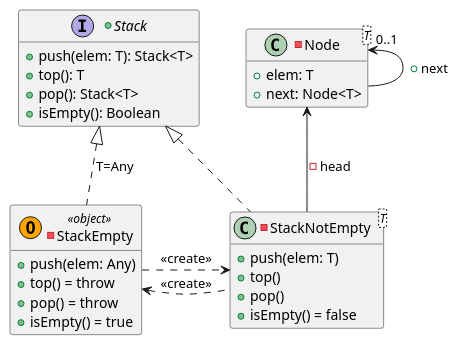
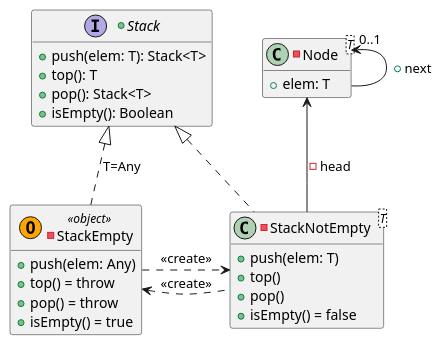
One commit to isel-leic-tds/2324i.31n changed the diagram in Stacks/src/main/kotlin/isel/tds/Stack.puml. Above: the diagram before and after it, drawn with PlantUML. The commit also changed 3 other files, not shown here.

```diff
--- a/Stacks/src/main/kotlin/isel/tds/Stack.puml
+++ b/Stacks/src/main/kotlin/isel/tds/Stack.puml
@@ -1,38 +1,38 @@
 @startuml
 
 hide empty members
 
 +interface Stack {
     +push(elem: T): Stack<T>
     +top(): T
     +pop(): Stack<T>
     +isEmpty(): Boolean
 }
 
 -class Node<T> {
     +elem: T
-    +next: Node<T>
+'    +next: Node<T>
 }
 Node "0..1" <-- Node : +next
 
 -class StackNotEmpty<T> {
     +push(elem: T)
     +top()
     +pop()
     +isEmpty() = false
 }
 Stack <|.. StackNotEmpty
 Node <-- StackNotEmpty : -head
 
 -class StackEmpty <<(O,orange) object>>{
     +push(elem: Any)
     +top() = throw
     +pop() = throw
     +isEmpty() = true
 }
 Stack <|.. StackEmpty : T=Any
 
 StackEmpty .> StackNotEmpty : <<create>>
 StackEmpty <. StackNotEmpty : <<create>>
 
 @enduml
```
